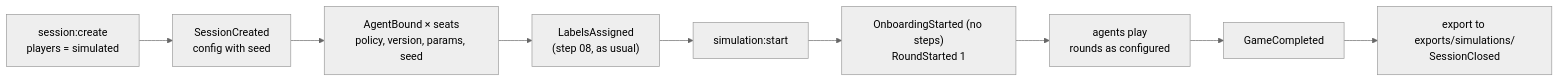
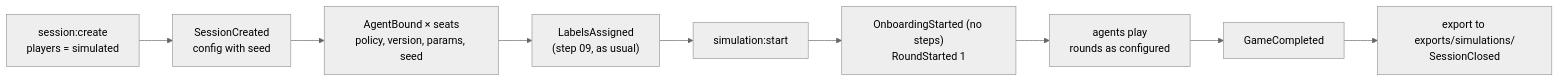
The eighth of 9 diagrams in docs/ARCHITECTURE.md (xy-zak/WhoKnowsWhoActs), drawn with Mermaid (neutral theme) before and after one commit. The commit also changed other lines of this file and 21 other files, not shown here.

First line of the commit message:
Docs: session startup flow (welcome page, eleven setup steps, consent sections, mic check hold until the briefing, calibration readiness); change logs

````diff
--- a/docs/ARCHITECTURE.md
+++ b/docs/ARCHITECTURE.md
@@ -594,11 +610,11 @@
 ```mermaid
 flowchart LR
   C["session:create<br/>players = simulated"] --> E1["SessionCreated<br/>config with seed"]
   E1 --> E2["AgentBound × seats<br/>policy, version, params, seed"]
-  E2 --> L["LabelsAssigned<br/>(step 08, as usual)"]
+  E2 --> L["LabelsAssigned<br/>(step 09, as usual)"]
   L --> S["simulation:start"]
   S --> E3["OnboardingStarted (no steps)<br/>RoundStarted 1"]
   E3 --> R["agents play<br/>rounds as configured"]
   R --> G["GameCompleted"]
   G --> X["export to exports/simulations/<br/>SessionClosed"]
 ```
````
